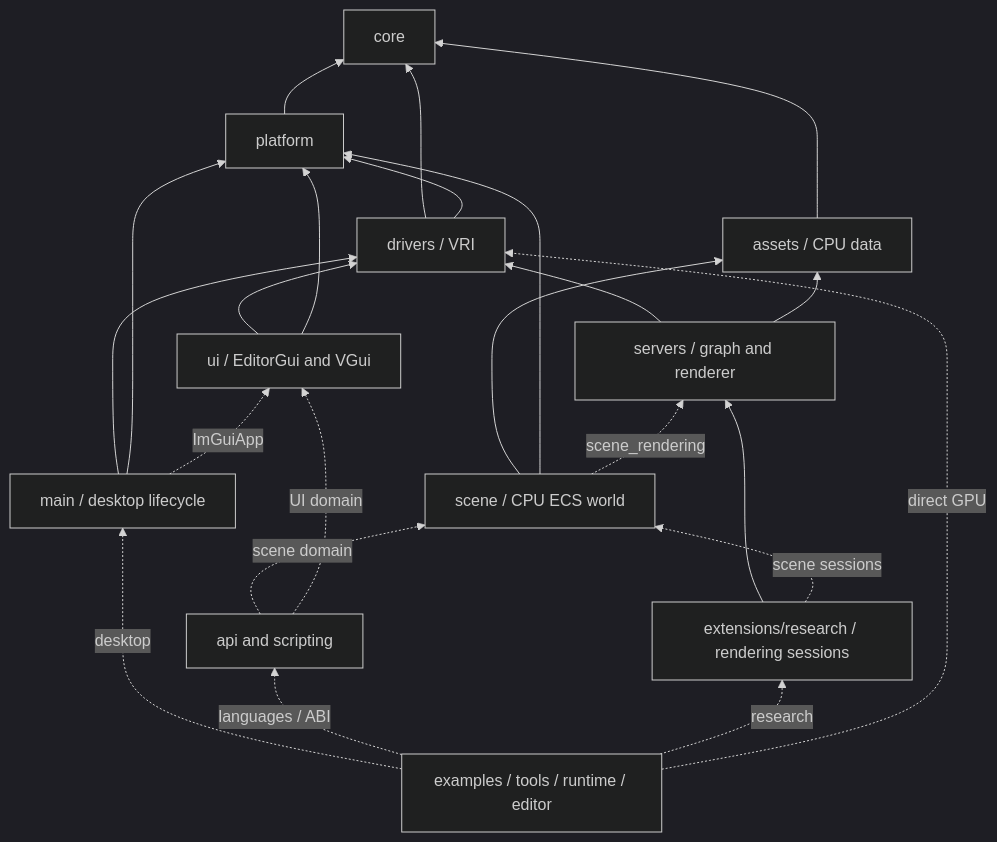
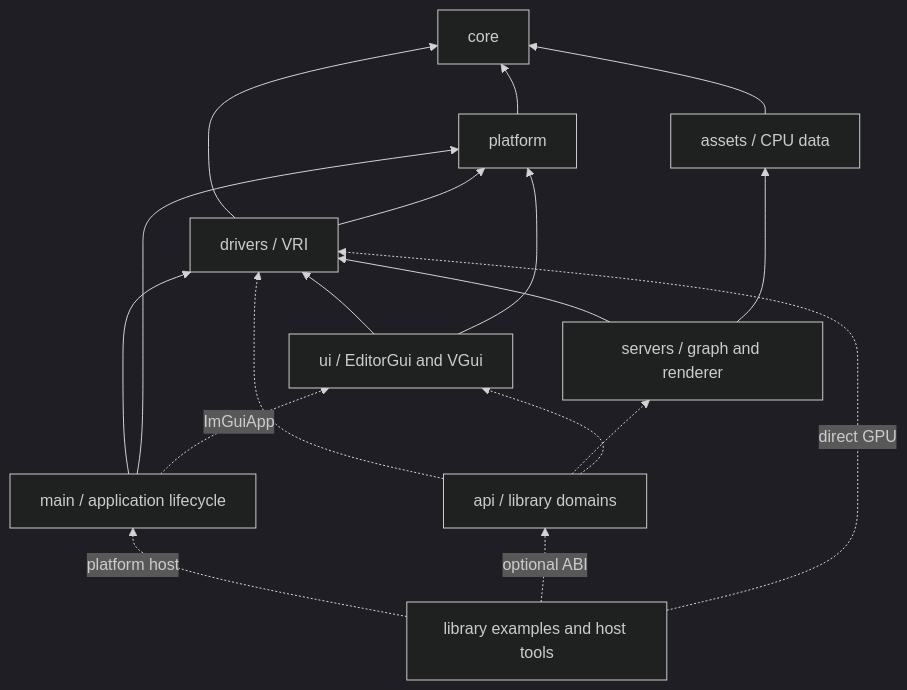
The first of 3 diagrams in docs/architecture.md (zzxzzk115/libvultra), drawn with Mermaid (dark theme) before and after one commit. The commit also changed other lines of this file and 484 other files, not shown here.

Commit message:
refactor: isolate library features and harden render graph contracts

````diff
--- a/docs/architecture.md
+++ b/docs/architecture.md
@@ -45,37 +67,30 @@
 ```mermaid
 flowchart BT
     Core["core"]
     Platform["platform"]
     Drivers["drivers / VRI"]
     Assets["assets / CPU data"]
     Servers["servers / graph and renderer"]
-    Scene["scene / CPU ECS world"]
     UI["ui / EditorGui and VGui"]
-    Main["main / desktop lifecycle"]
-    API["api and scripting"]
-    Research["extensions/research / rendering sessions"]
-    Apps["examples / tools / runtime / editor"]
+    Main["main / application lifecycle"]
+    API["api / library domains"]
+    Apps["library examples and host tools"]
 
     Platform --> Core
     Drivers --> Core
     Drivers --> Platform
     Assets --> Core
     Servers --> Drivers
     Servers --> Assets
-    Scene --> Assets
-    Scene --> Platform
-    Scene -. "scene_rendering" .-> Servers
     UI --> Drivers
     UI --> Platform
     Main --> Drivers
     Main --> Platform
     Main -. "ImGuiApp" .-> UI
-    API -. "scene domain" .-> Scene
-    API -. "UI domain" .-> UI
-    Research --> Servers
-    Research -. "scene sessions" .-> Scene
-    Apps -. "desktop" .-> Main
-    Apps -. "languages / ABI" .-> API
-    Apps -. "research" .-> Research
+    API -.-> Drivers
+    API -.-> Servers
+    API -.-> UI
+    Apps -. "platform host" .-> Main
+    Apps -. "optional ABI" .-> API
     Apps -. "direct GPU" .-> Drivers
 ```
````
